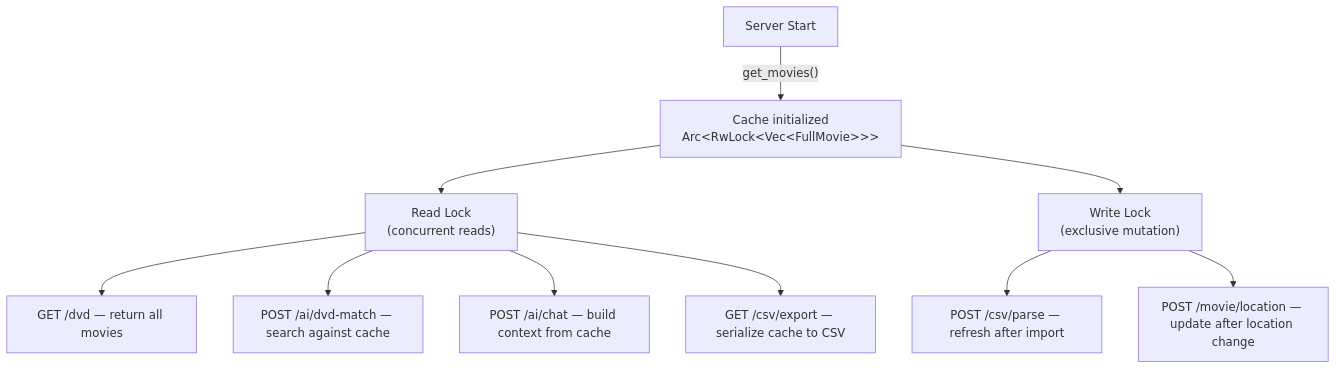
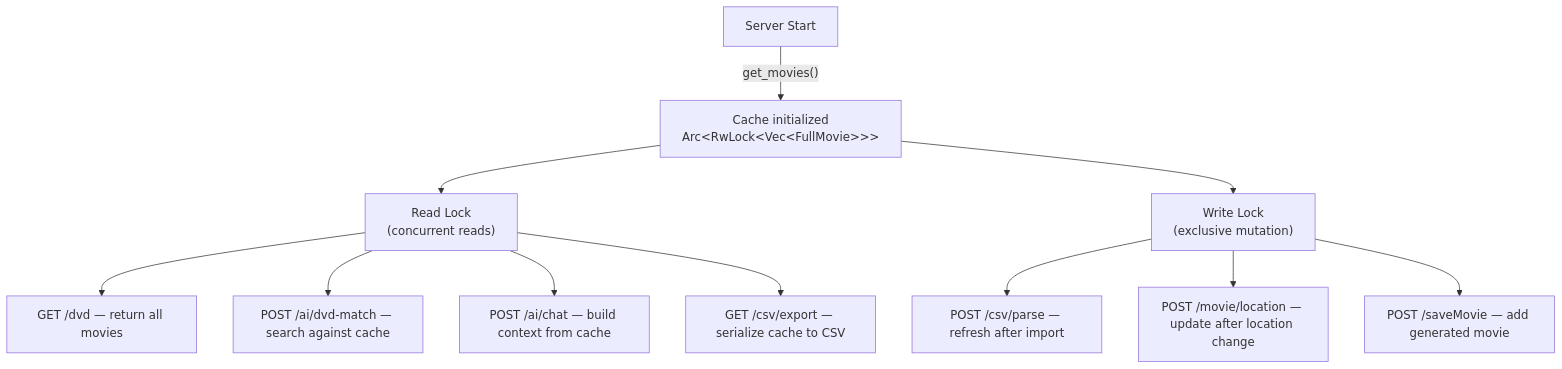
Before and after one commit to 1x2kb/dvd_categorize: the fifth of 5 diagrams in Documentation/Diagrams/APPLICATION_STARTUP.md, drawn with Mermaid. The commit also changed other lines of this file and 9 other files, not shown here.

````diff
--- a/Documentation/Diagrams/APPLICATION_STARTUP.md
+++ b/Documentation/Diagrams/APPLICATION_STARTUP.md
@@ -86,15 +143,16 @@
 ```mermaid
 flowchart TD
     Startup["Server Start"] -->|"get_movies()"| Init["Cache initialized<br/>Arc&lt;RwLock&lt;Vec&lt;FullMovie&gt;&gt;&gt;"]
 
     Init --> Read["Read Lock<br/>(concurrent reads)"]
     Init --> Write["Write Lock<br/>(exclusive mutation)"]
 
     Read --> R1["GET /dvd — return all movies"]
     Read --> R2["POST /ai/dvd-match — search against cache"]
     Read --> R3["POST /ai/chat — build context from cache"]
     Read --> R4["GET /csv/export — serialize cache to CSV"]
 
     Write --> W1["POST /csv/parse — refresh after import"]
     Write --> W2["POST /movie/location — update after location change"]
+    Write --> W3["POST /saveMovie — add generated movie"]
 ```
````
